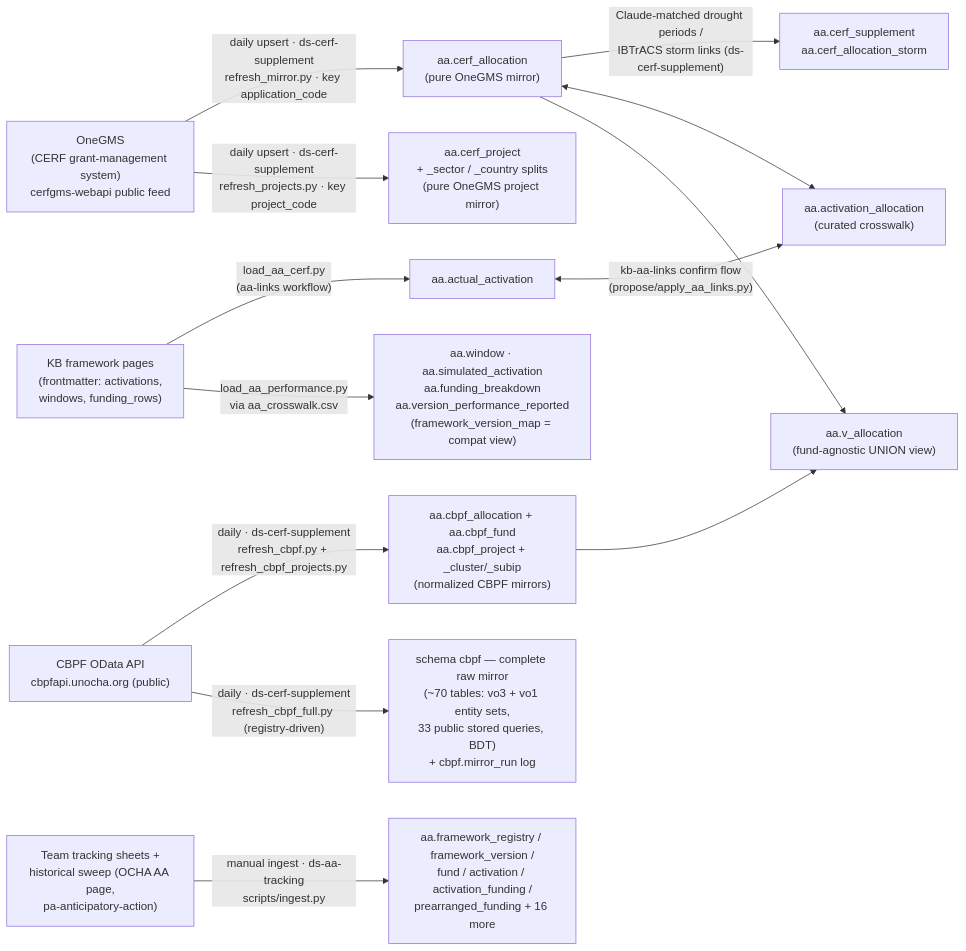
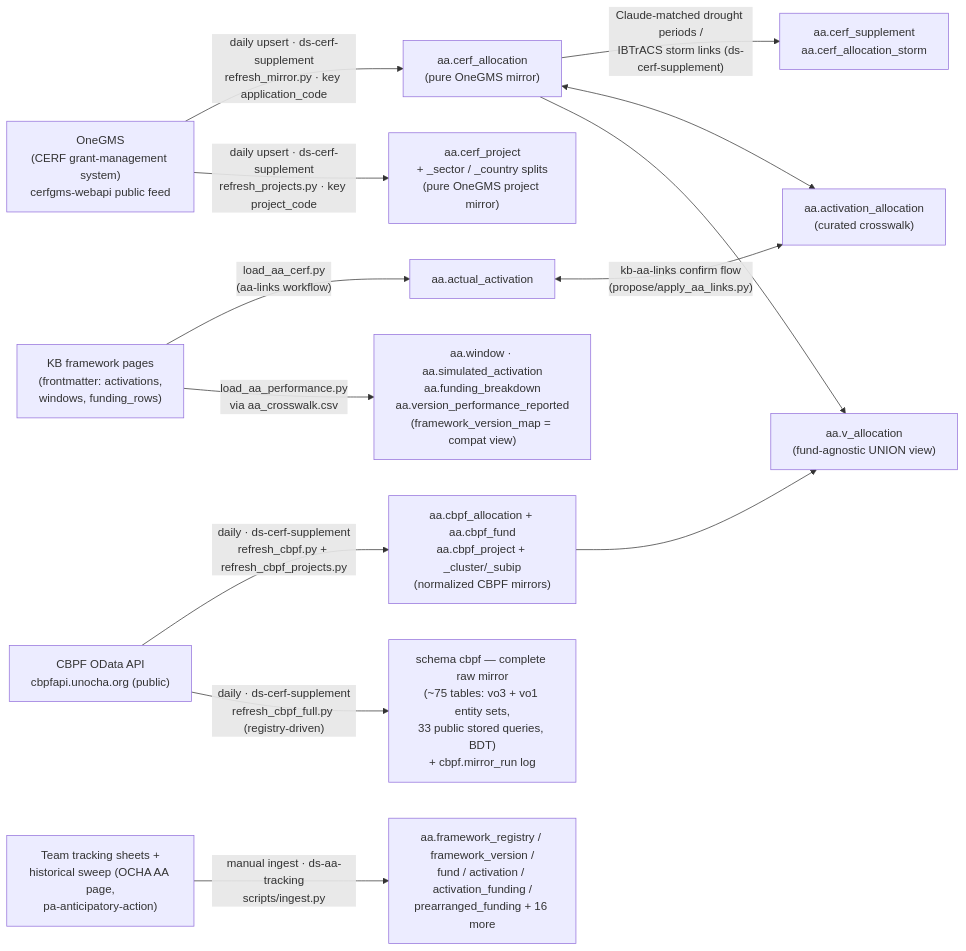
One commit to OCHA-DAP/ds-knowledge-base changed the first of 3 diagrams in infrastructure/db-erd.md. Above: the diagram before and after it, drawn with Mermaid. The commit also changed 2 other files, not shown here.

Commit message:
cbpf-odata: BDT group / US-scenario / per-location tables (~75 raw tables)

````diff
--- a/infrastructure/db-erd.md
+++ b/infrastructure/db-erd.md
@@ -35,19 +35,19 @@
 ```mermaid
 flowchart LR
     onegms["OneGMS<br/>(CERF grant-management system)<br/>cerfgms-webapi public feed"]
     kb["KB framework pages<br/>(frontmatter: activations,<br/>windows, funding_rows)"]
     onegms -->|"daily upsert · ds-cerf-supplement<br/>refresh_mirror.py · key application_code"| mirror["aa.cerf_allocation<br/>(pure OneGMS mirror)"]
     onegms -->|"daily upsert · ds-cerf-supplement<br/>refresh_projects.py · key project_code"| projmirror["aa.cerf_project<br/>+ _sector / _country splits<br/>(pure OneGMS project mirror)"]
     mirror -->|"Claude-matched drought periods /<br/>IBTrACS storm links (ds-cerf-supplement)"| supp["aa.cerf_supplement<br/>aa.cerf_allocation_storm"]
     kb -->|"load_aa_cerf.py<br/>(aa-links workflow)"| act["aa.actual_activation"]
     kb -->|"load_aa_performance.py<br/>via aa_crosswalk.csv"| perf["aa.window · aa.simulated_activation<br/>aa.funding_breakdown<br/>aa.version_performance_reported<br/>(framework_version_map = compat view)"]
     act <-->|"kb-aa-links confirm flow<br/>(propose/apply_aa_links.py)"| xwalk["aa.activation_allocation<br/>(curated crosswalk)"]
     mirror <--> xwalk
     cbpfapi["CBPF OData API<br/>cbpfapi.unocha.org (public)"]
     cbpfapi -->|"daily · ds-cerf-supplement<br/>refresh_cbpf.py + refresh_cbpf_projects.py"| cbpf["aa.cbpf_allocation + aa.cbpf_fund<br/>aa.cbpf_project + _cluster/_subip<br/>(normalized CBPF mirrors)"]
-    cbpfapi -->|"daily · ds-cerf-supplement<br/>refresh_cbpf_full.py (registry-driven)"| cbpfraw["schema cbpf — complete raw mirror<br/>(~70 tables: vo3 + vo1 entity sets,<br/>33 public stored queries, BDT)<br/>+ cbpf.mirror_run log"]
+    cbpfapi -->|"daily · ds-cerf-supplement<br/>refresh_cbpf_full.py (registry-driven)"| cbpfraw["schema cbpf — complete raw mirror<br/>(~75 tables: vo3 + vo1 entity sets,<br/>33 public stored queries, BDT)<br/>+ cbpf.mirror_run log"]
     mirror --> valloc["aa.v_allocation<br/>(fund-agnostic UNION view)"]
     cbpf --> valloc
     sheets["Team tracking sheets +<br/>historical sweep (OCHA AA page,<br/>pa-anticipatory-action)"]
     sheets -->|"manual ingest · ds-aa-tracking<br/>scripts/ingest.py"| trk["aa.framework_registry / framework_version /<br/>fund / activation / activation_funding /<br/>prearranged_funding + 16 more"]
 ```
````
